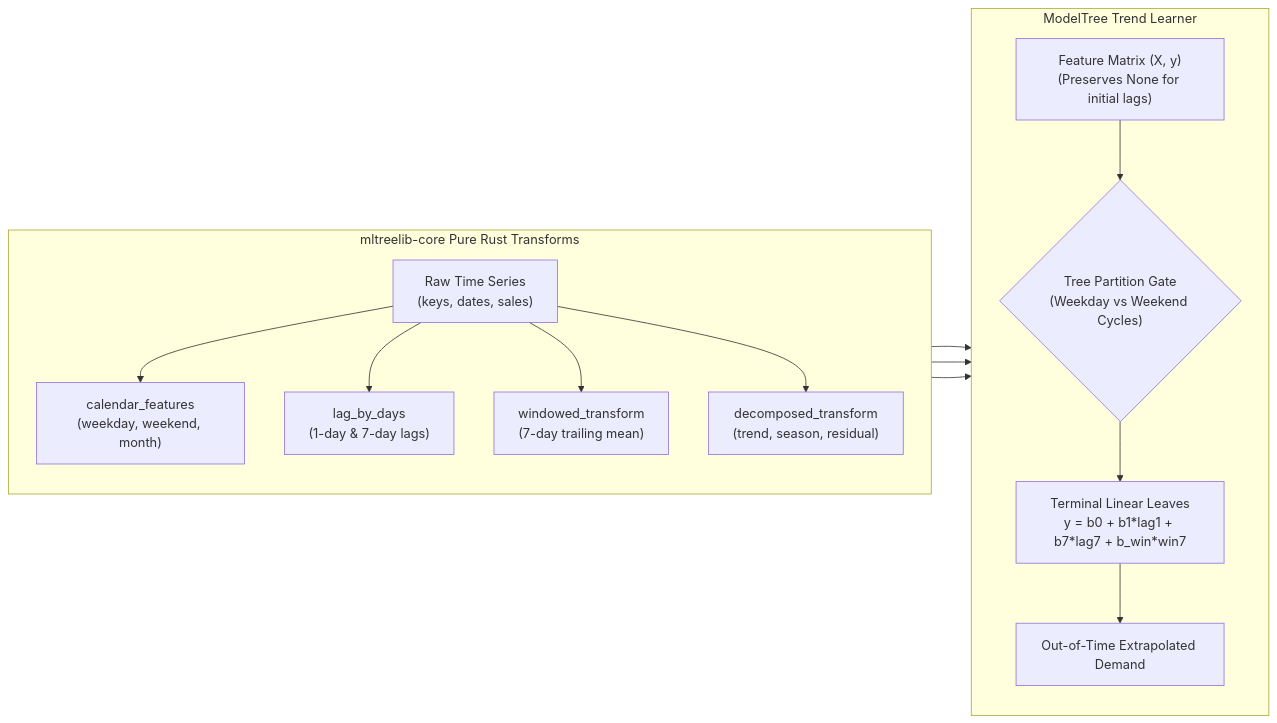
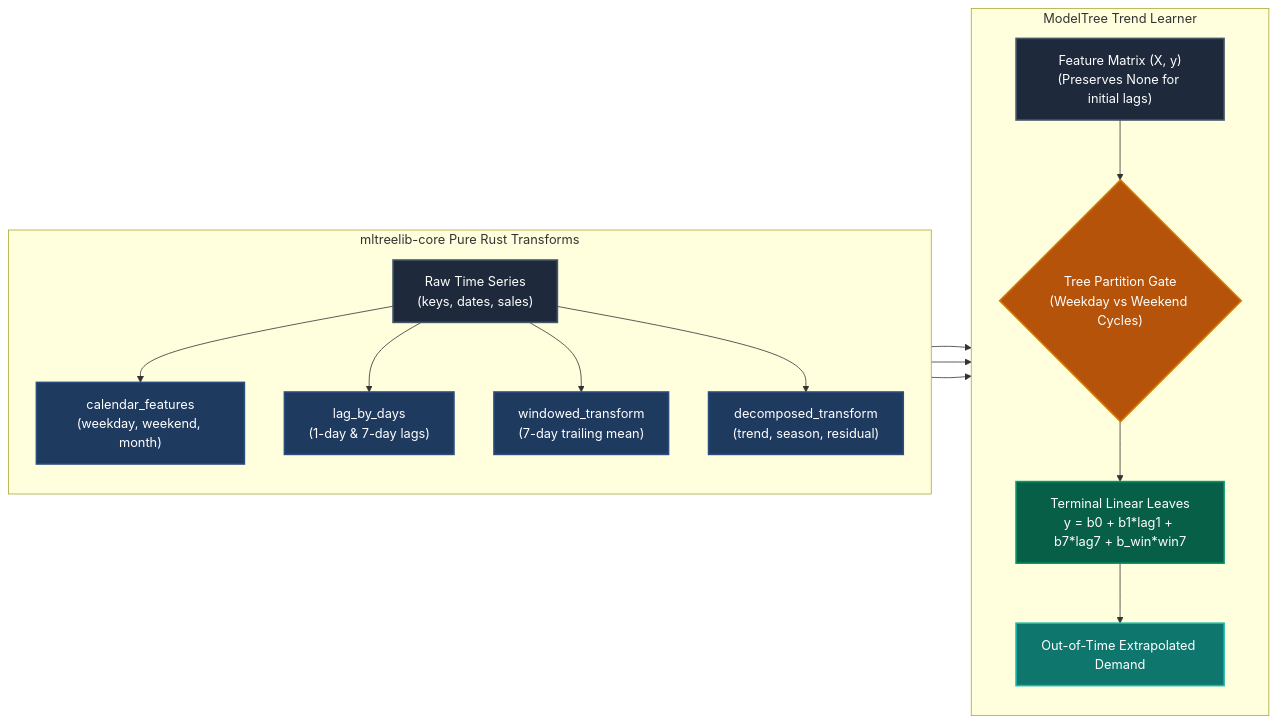
Before and after one commit to jkapila/mltreelib: the diagram in docs/examples/timeseries-forecasting.md, drawn with Mermaid. The commit also changed 18 other files, not shown here.

Commit message:
docs: add native ModelTree graph, 5-leaf survival profiles, and color palette across all Mermaid diagrams

````diff
--- a/docs/examples/timeseries-forecasting.md
+++ b/docs/examples/timeseries-forecasting.md
@@ -25,18 +25,30 @@
 ```mermaid
 flowchart LR
     subgraph RustTransform["mltreelib-core Pure Rust Transforms"]
         direction TB
         Raw["Raw Time Series\n(keys, dates, sales)"] --> Cal["calendar_features\n(weekday, weekend, month)"]
         Raw --> Lag["lag_by_days\n(1-day & 7-day lags)"]
         Raw --> Win["windowed_transform\n(7-day trailing mean)"]
         Raw --> Decomp["decomposed_transform\n(trend, season, residual)"]
     end
 
     subgraph TreeModel["ModelTree Trend Learner"]
         direction TB
         Cal & Lag & Win --> Matrix["Feature Matrix (X, y)\n(Preserves None for initial lags)"]
         Matrix --> Route{"Tree Partition Gate\n(Weekday vs Weekend Cycles)"}
         Route --> LinearLeaf["Terminal Linear Leaves\ny = b0 + b1*lag1 + b7*lag7 + b_win*win7"]
         LinearLeaf --> Forecast["Out-of-Time Extrapolated Demand"]
     end
+
+    classDef dataBox fill:#1e293b,stroke:#475569,stroke-width:2px,color:#ffffff;
+    classDef rustBox fill:#1e3a5f,stroke:#2b4c7e,stroke-width:2px,color:#ffffff;
+    classDef gateBox fill:#b45309,stroke:#d97706,stroke-width:2px,color:#ffffff;
+    classDef leafBox fill:#065f46,stroke:#059669,stroke-width:2px,color:#ffffff;
+    classDef outBox fill:#0f766e,stroke:#14b8a6,stroke-width:2px,color:#ffffff;
+
+    class Raw,Matrix dataBox;
+    class Cal,Lag,Win,Decomp rustBox;
+    class Route gateBox;
+    class LinearLeaf leafBox;
+    class Forecast outBox;
 ```
````
